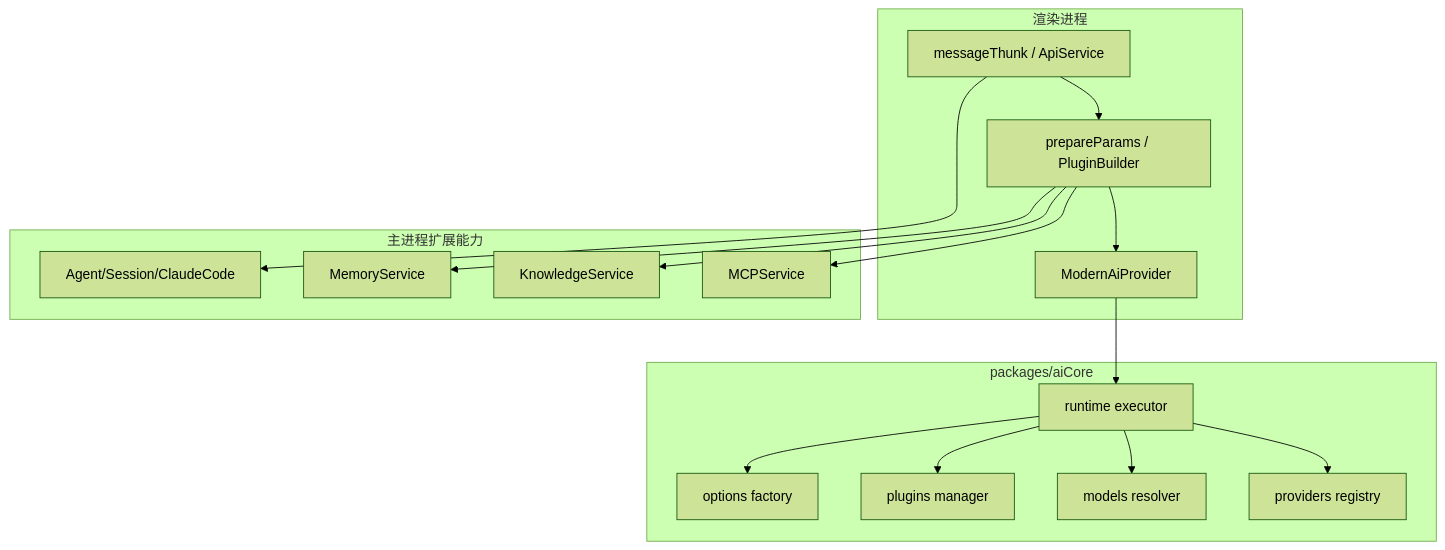
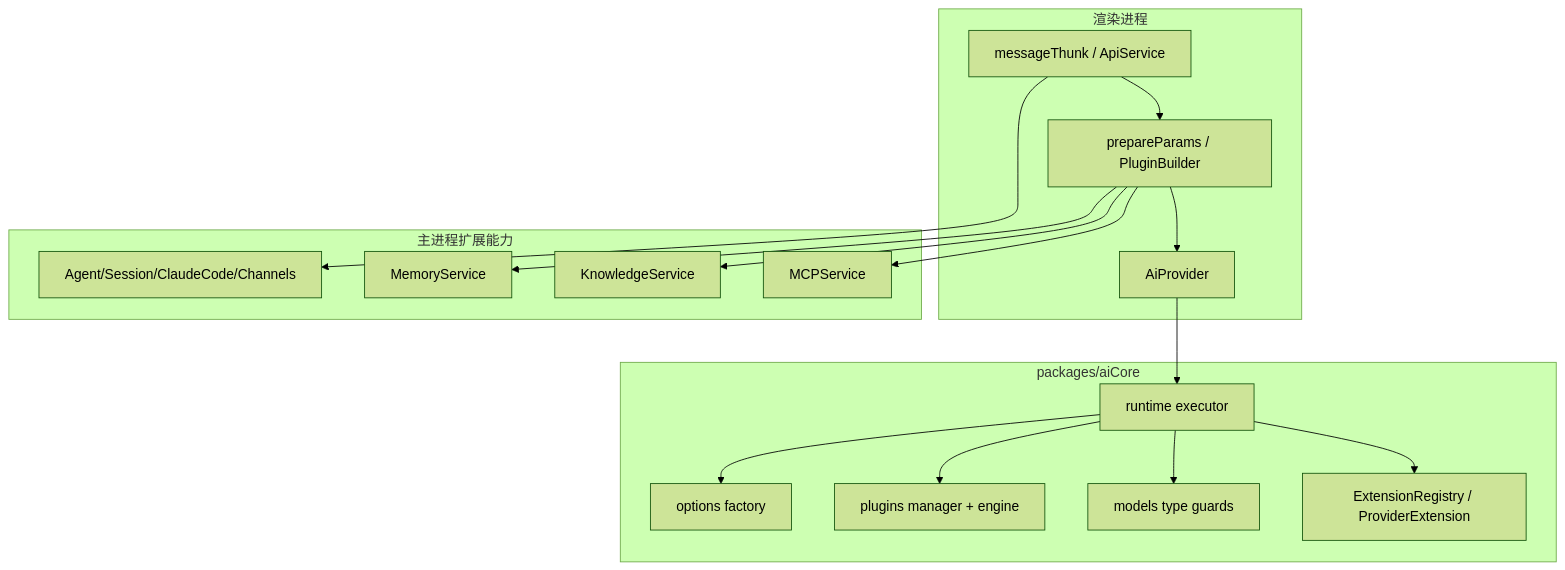
Before and after one commit to Little-LittleProgrammer/cherry-studio: the diagram in docs/zh/architecture/07-AI核心与模型接入/01-AI总体架构与分层.md, drawn with Mermaid (forest theme). The commit also changed other lines of this file and 14 other files, not shown here.

````diff
--- a/docs/zh/architecture/07-AI核心与模型接入/01-AI总体架构与分层.md
+++ b/docs/zh/architecture/07-AI核心与模型接入/01-AI总体架构与分层.md
@@ -11,33 +11,33 @@
 ```mermaid
 flowchart TB
   subgraph Renderer[渲染进程]
     A1[messageThunk / ApiService]
     A2[prepareParams / PluginBuilder]
-    A3[ModernAiProvider]
+    A3[AiProvider]
   end
 
   subgraph Core[packages/aiCore]
     B1[runtime executor]
-    B2[providers registry]
-    B3[models resolver]
-    B4[plugins manager]
+    B2[ExtensionRegistry / ProviderExtension]
+    B3[models type guards]
+    B4[plugins manager + engine]
     B5[options factory]
   end
 
   subgraph Main[主进程扩展能力]
     C1[MCPService]
     C2[KnowledgeService]
     C3[MemoryService]
-    C4[Agent/Session/ClaudeCode]
+    C4[Agent/Session/ClaudeCode/Channels]
   end
 
   A1 --> A2 --> A3 --> B1
   B1 --> B2
   B1 --> B3
   B1 --> B4
   B1 --> B5
   A2 --> C1
   A2 --> C2
   A2 --> C3
   A1 --> C4
 ```
````
